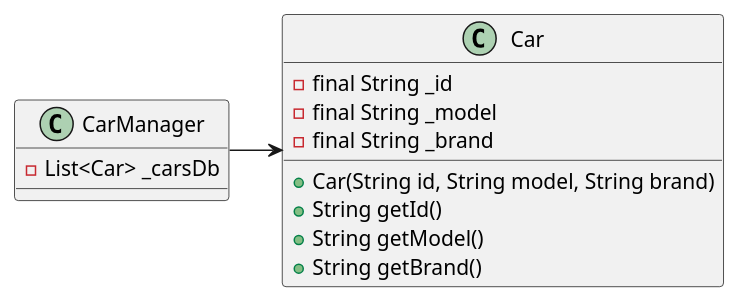
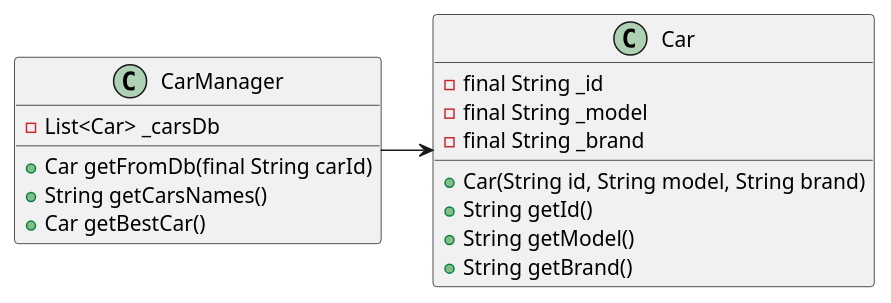
The diagram in SRP/src/com/directi/training/srp/exercise/diagram.puml (hana-ghz/softwareArchTP1), drawn with PlantUML before and after one commit. The commit also changed 1 other file, not shown here.

```diff
--- a/SRP/src/com/directi/training/srp/exercise/diagram.puml
+++ b/SRP/src/com/directi/training/srp/exercise/diagram.puml
@@ -1,26 +1,29 @@
 @startuml
 
 class Car 
 { 
     - final String _id
     - final String _model
     - final String _brand
 
     + Car(String id, String model, String brand)
     + String getId()
     + String getModel()
     + String getBrand()
 }
 
     
 class CarManager 
 {
     - List<Car> _carsDb
 
+    + Car getFromDb(final String carId)
+    + String getCarsNames()
+    + Car getBestCar()
 }
 
 
 
 CarManager -> Car
 
 @enduml
```
